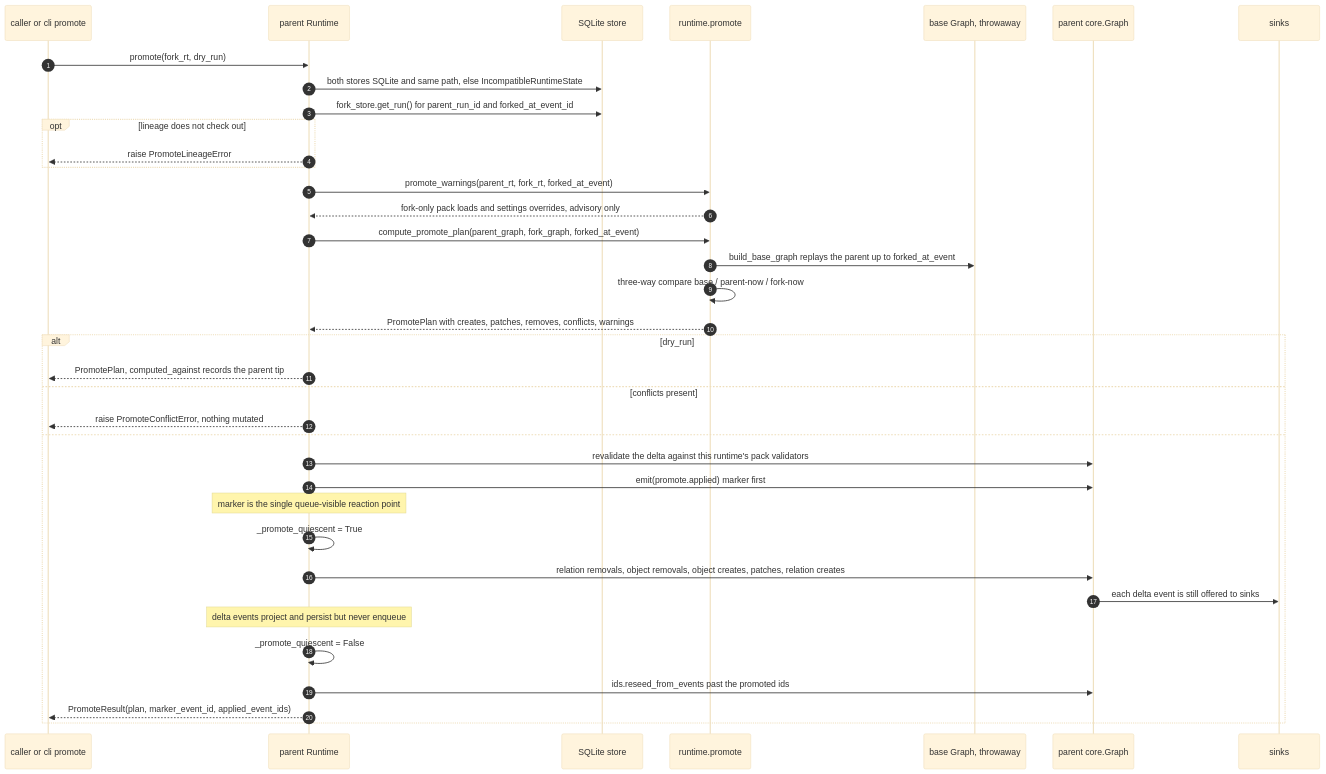
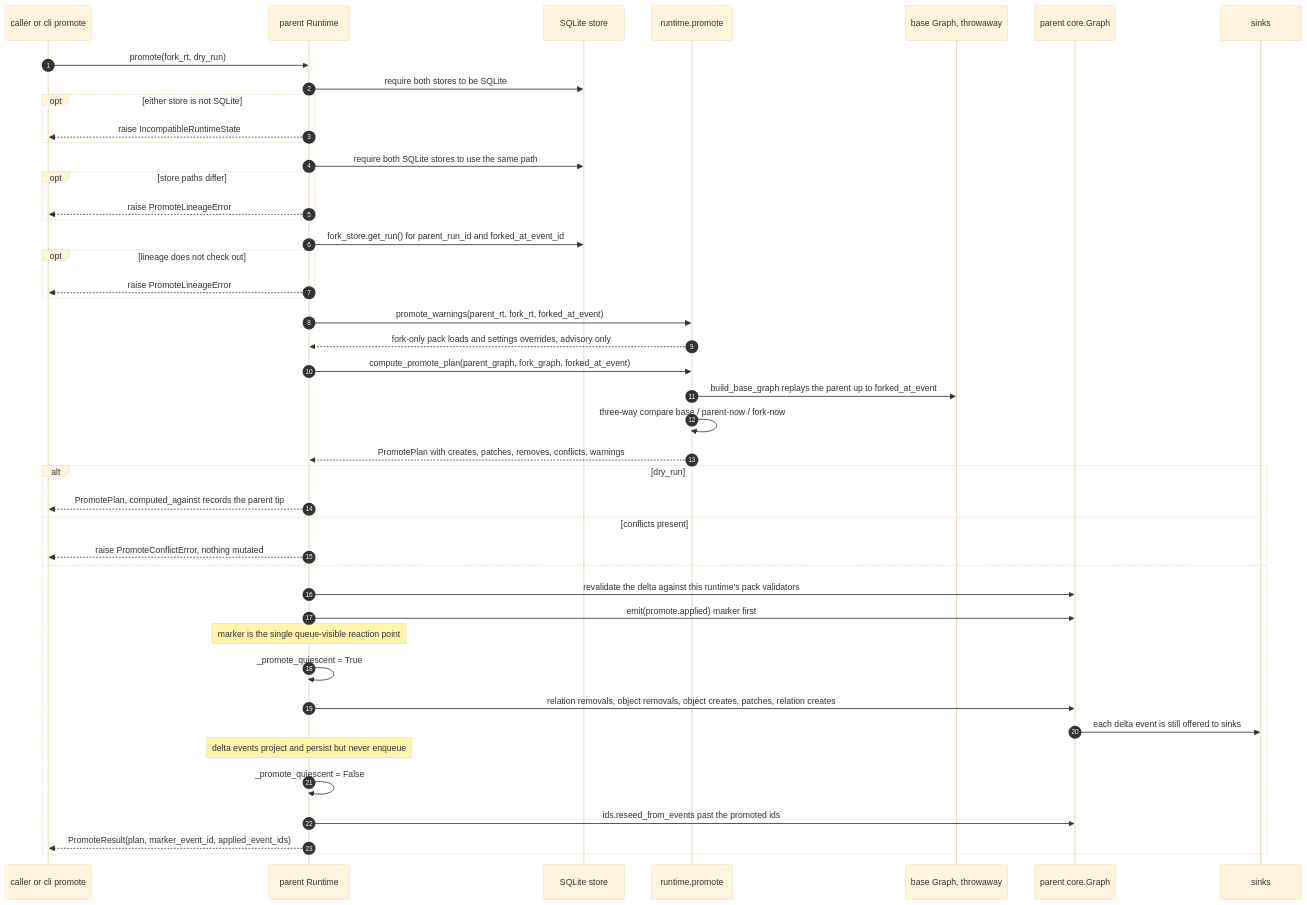
One commit to tha-hammer/silmari-activegraph changed the sixth of 6 diagrams in specs/11-sequence-diagrams.md. Above: the diagram before and after it, drawn with Mermaid (base theme). The commit also changed other lines of this file, not shown here.

Commit message:
docs(specs): refresh end-to-end sequences

````diff
--- a/specs/11-sequence-diagrams.md
+++ b/specs/11-sequence-diagrams.md
@@ -462,41 +514,48 @@
 ```mermaid
 sequenceDiagram
     autonumber
     participant Op as caller or cli promote
     participant PRT as parent Runtime
     participant DB as SQLite store
     participant PM as runtime.promote
     participant BG as base Graph, throwaway
     participant G as parent core.Graph
     participant SK as sinks
 
     Op->>PRT: promote(fork_rt, dry_run)
-    PRT->>DB: both stores SQLite and same path, else IncompatibleRuntimeState
+    PRT->>DB: require both stores to be SQLite
+    opt either store is not SQLite
+        PRT-->>Op: raise IncompatibleRuntimeState
+    end
+    PRT->>DB: require both SQLite stores to use the same path
+    opt store paths differ
+        PRT-->>Op: raise PromoteLineageError
+    end
     PRT->>DB: fork_store.get_run() for parent_run_id and forked_at_event_id
     opt lineage does not check out
         PRT-->>Op: raise PromoteLineageError
     end
     PRT->>PM: promote_warnings(parent_rt, fork_rt, forked_at_event)
     PM-->>PRT: fork-only pack loads and settings overrides, advisory only
     PRT->>PM: compute_promote_plan(parent_graph, fork_graph, forked_at_event)
     PM->>BG: build_base_graph replays the parent up to forked_at_event
     PM->>PM: three-way compare base / parent-now / fork-now
     PM-->>PRT: PromotePlan with creates, patches, removes, conflicts, warnings
 
     alt dry_run
         PRT-->>Op: PromotePlan, computed_against records the parent tip
     else conflicts present
         PRT-->>Op: raise PromoteConflictError, nothing mutated
     else
         PRT->>G: revalidate the delta against this runtime's pack validators
         PRT->>G: emit(promote.applied) marker first
         Note over PRT: marker is the single queue-visible reaction point
         PRT->>PRT: _promote_quiescent = True
         PRT->>G: relation removals, object removals, object creates, patches, relation creates
         G->>SK: each delta event is still offered to sinks
         Note over PRT: delta events project and persist but never enqueue
         PRT->>PRT: _promote_quiescent = False
         PRT->>G: ids.reseed_from_events past the promoted ids
         PRT-->>Op: PromoteResult(plan, marker_event_id, applied_event_ids)
     end
 ```
````
